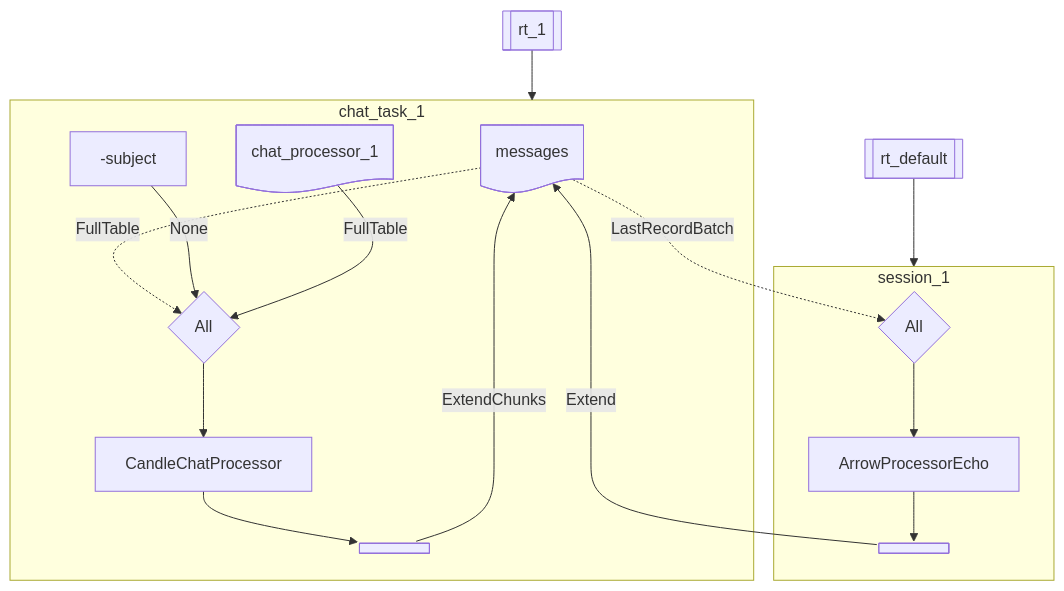
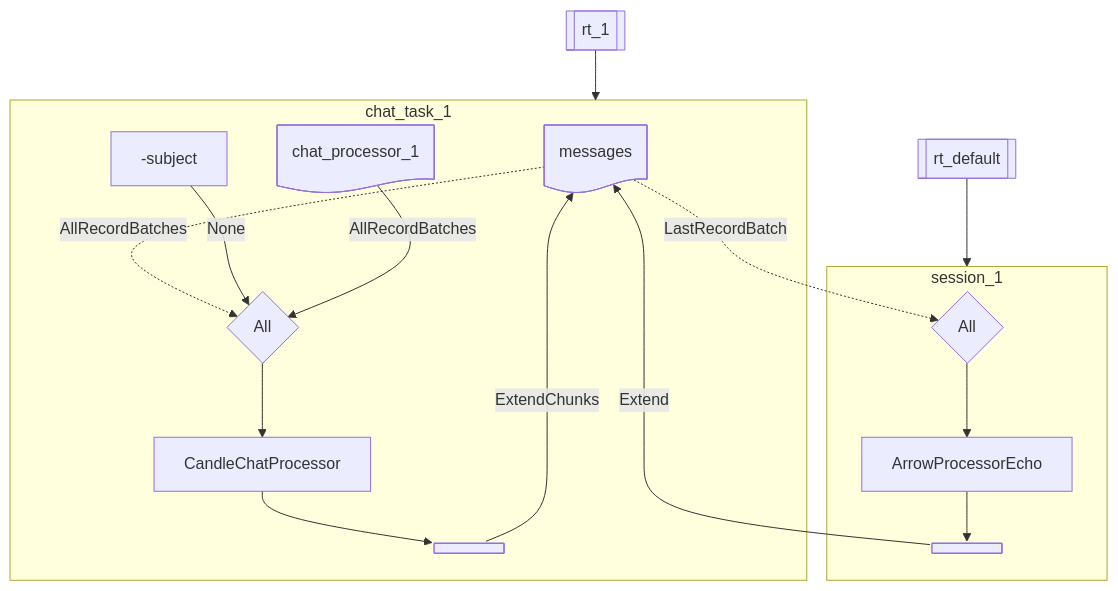
The second of 2 diagrams in phymes-book/src/phymes-agents/chat_agent.md (biom8er/phymes), drawn with Mermaid before and after one commit. The commit also changed 241 other files, not shown here.

````diff
--- a/phymes-book/src/phymes-agents/chat_agent.md
+++ b/phymes-book/src/phymes-agents/chat_agent.md
@@ -24,29 +24,29 @@
 ```mermaid
 flowchart TD
 	subgraph chat_task_1
-		messages-subject-.FullTable.->chat_processor_1-subscribe
+		messages-subject-.AllRecordBatches.->chat_processor_1-subscribe
 		-subject--None-->chat_processor_1-subscribe
-		chat_processor_1-subject--FullTable-->chat_processor_1-subscribe
+		chat_processor_1-subject--AllRecordBatches-->chat_processor_1-subscribe
 		chat_processor_1-subscribe-->chat_processor_1-processor
 		chat_processor_1-processor-->chat_processor_1-publish
 		chat_processor_1-publish--ExtendChunks-->messages-subject
 	end
 	subgraph session_1
 		messages-subject-.LastRecordBatch.->session_1-subscribe
 		session_1-subscribe-->session_1-processor
 		session_1-processor-->session_1-publish
 		session_1-publish--Extend-->messages-subject
 	end
 	rt_1-rt-->chat_task_1
 	rt_default-rt-->session_1
 	chat_processor_1-processor@{shape: rect, label: CandleChatProcessor}
 	session_1-processor@{shape: rect, label: ArrowProcessorEcho}
 	rt_1-rt@{shape: subproc, label: rt_1}
 	rt_default-rt@{shape: subproc, label: rt_default}
 	chat_processor_1-subject@{shape: doc, label: chat_processor_1}
 	messages-subject@{shape: doc, label: messages}
 	chat_processor_1-publish@{shape: fork}
 	session_1-publish@{shape: fork}
 	chat_processor_1-subscribe@{shape: diamond, label: All}
 	session_1-subscribe@{shape: diamond, label: All}
 ```
````
